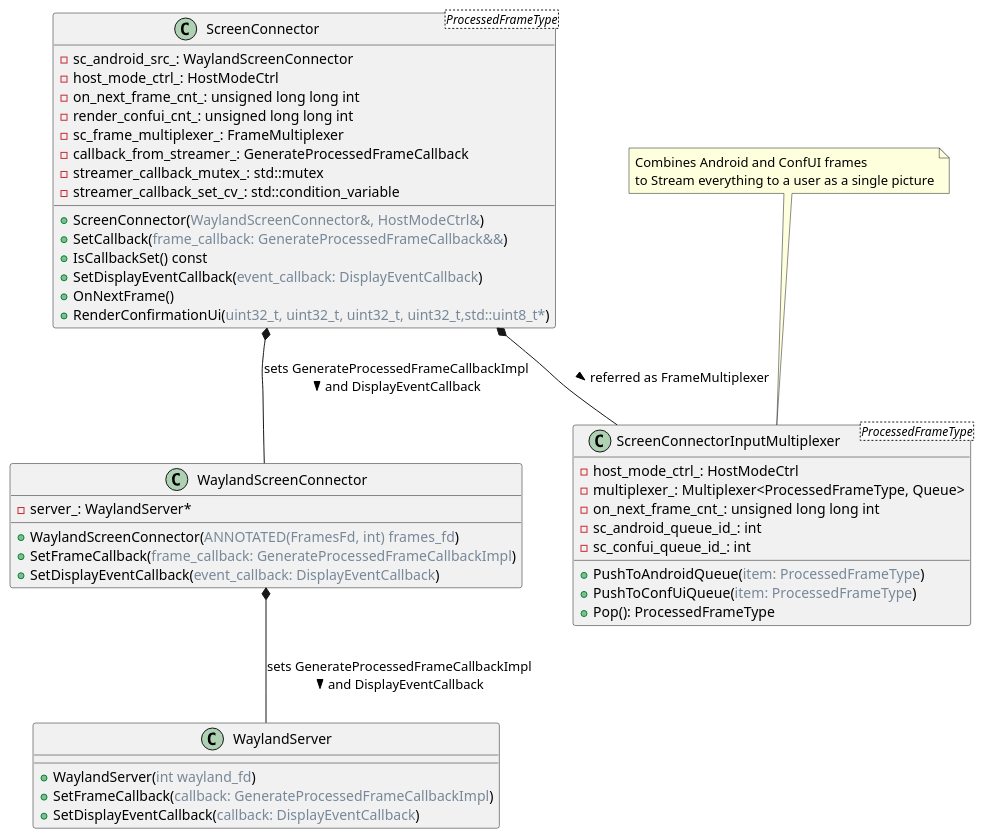
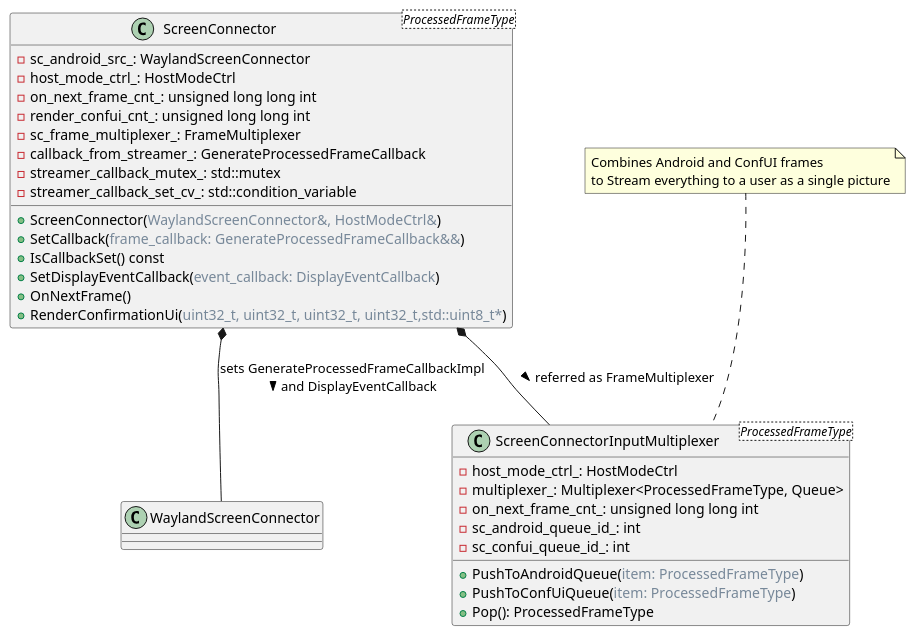
One commit to dmitvitalii/cf_diagrams changed the diagram in screen_connector_diagram.puml. Above: the diagram before and after it, drawn with PlantUML. The commit also changed 1 other file, not shown here.

Commit message:
Rearrange Wayland objects and relations

```diff
--- a/screen_connector_diagram.puml
+++ b/screen_connector_diagram.puml
@@ -1,51 +1,36 @@
 @startuml
-
-class WaylandScreenConnector {
-  -server_: WaylandServer*
-  +WaylandScreenConnector(<color:LightSlateGray>ANNOTATED(FramesFd, int) frames_fd</color>)
-  +SetFrameCallback(<color:LightSlateGray>frame_callback: GenerateProcessedFrameCallbackImpl</color>)
-  +SetDisplayEventCallback(<color:LightSlateGray>event_callback: DisplayEventCallback</color>)
-}
-
-' todo remove
-class WaylandServer {
-  +WaylandServer(<color:LightSlateGray>int wayland_fd</color>)
-  +SetFrameCallback(<color:LightSlateGray>callback: GenerateProcessedFrameCallbackImpl</color>)
-  +SetDisplayEventCallback(<color:LightSlateGray>callback: DisplayEventCallback</color>)
-}
 
 class ScreenConnector<ProcessedFrameType> {
   -sc_android_src_: WaylandScreenConnector
   -host_mode_ctrl_: HostModeCtrl
   -on_next_frame_cnt_: unsigned long long int
   -render_confui_cnt_: unsigned long long int
   -sc_frame_multiplexer_: FrameMultiplexer
   -callback_from_streamer_: GenerateProcessedFrameCallback
   -streamer_callback_mutex_: std::mutex
   -streamer_callback_set_cv_: std::condition_variable
   +ScreenConnector(<color:LightSlateGray>WaylandScreenConnector&, HostModeCtrl&</color>)
   +SetCallback(<color:LightSlateGray>frame_callback: GenerateProcessedFrameCallback&&</color>)
   +IsCallbackSet() const
   +SetDisplayEventCallback(<color:LightSlateGray>event_callback: DisplayEventCallback</color>)
   +OnNextFrame()
   +RenderConfirmationUi(<color:LightSlateGray>uint32_t, uint32_t, uint32_t, uint32_t,std::uint8_t*</color>)
 }
 
 class ScreenConnectorInputMultiplexer<ProcessedFrameType> {
   - host_mode_ctrl_: HostModeCtrl
   - multiplexer_: Multiplexer<ProcessedFrameType, Queue>
   - on_next_frame_cnt_: unsigned long long int
   - sc_android_queue_id_: int
   - sc_confui_queue_id_: int
   + PushToAndroidQueue(<color:LightSlateGray>item: ProcessedFrameType</color>)
   + PushToConfUiQueue(<color:LightSlateGray>item: ProcessedFrameType</color>)
   + Pop(): ProcessedFrameType
 }
 note top of ScreenConnectorInputMultiplexer: Combines Android and ConfUI frames\nto Stream everything to a user as a single picture
 
 ScreenConnector *-- ScreenConnectorInputMultiplexer : referred as FrameMultiplexer >
 
 ScreenConnector *-- WaylandScreenConnector : sets GenerateProcessedFrameCallbackImpl\nand DisplayEventCallback >
-WaylandScreenConnector *-- WaylandServer : sets GenerateProcessedFrameCallbackImpl\nand DisplayEventCallback >
 
 @enduml
```
